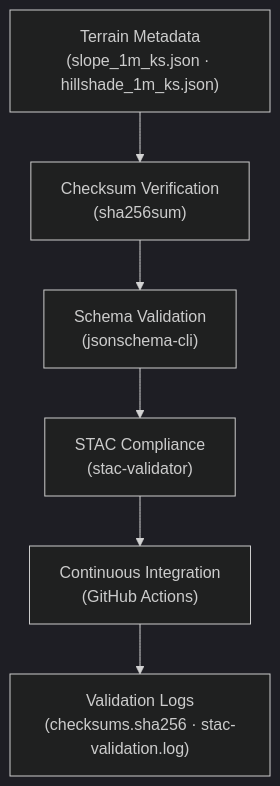
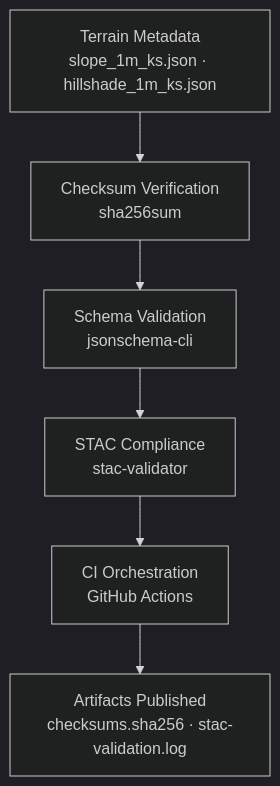
One commit to bartytime4life/Kansas-Frontier-Matrix changed the diagram in data/derivatives/metadata/terrain/validation/README.md. Above: the diagram before and after it, drawn with Mermaid (dark theme). The commit also changed other lines of this file, not shown here.

First line of the commit message:
Revise README for terrain metadata validation

````diff
--- a/data/derivatives/metadata/terrain/validation/README.md
+++ b/data/derivatives/metadata/terrain/validation/README.md
@@ -42,9 +54,9 @@
 ```mermaid
 flowchart TD
-    A["Terrain Metadata<br/>(slope_1m_ks.json · hillshade_1m_ks.json)"]
-        --> B["Checksum Verification<br/>(sha256sum)"]
-    B --> C["Schema Validation<br/>(jsonschema-cli)"]
-    C --> D["STAC Compliance<br/>(stac-validator)"]
-    D --> E["Continuous Integration<br/>(GitHub Actions)"]
-    E --> F["Validation Logs<br/>(checksums.sha256 · stac-validation.log)"]
+  A["Terrain Metadata<br/>slope_1m_ks.json · hillshade_1m_ks.json"]
+    --> B["Checksum Verification<br/>sha256sum"]
+  B --> C["Schema Validation<br/>jsonschema-cli"]
+  C --> D["STAC Compliance<br/>stac-validator"]
+  D --> E["CI Orchestration<br/>GitHub Actions"]
+  E --> F["Artifacts Published<br/>checksums.sha256 · stac-validation.log"]
 ```
````
